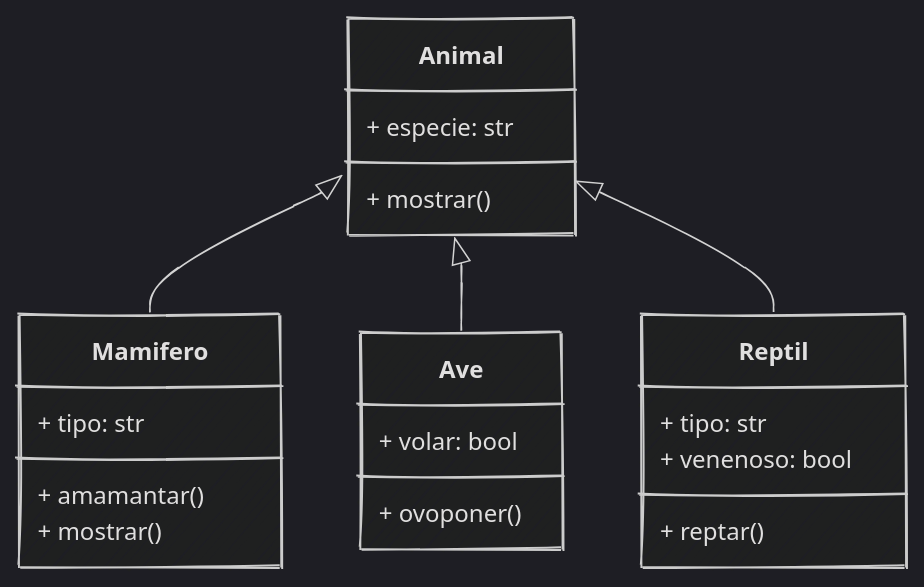
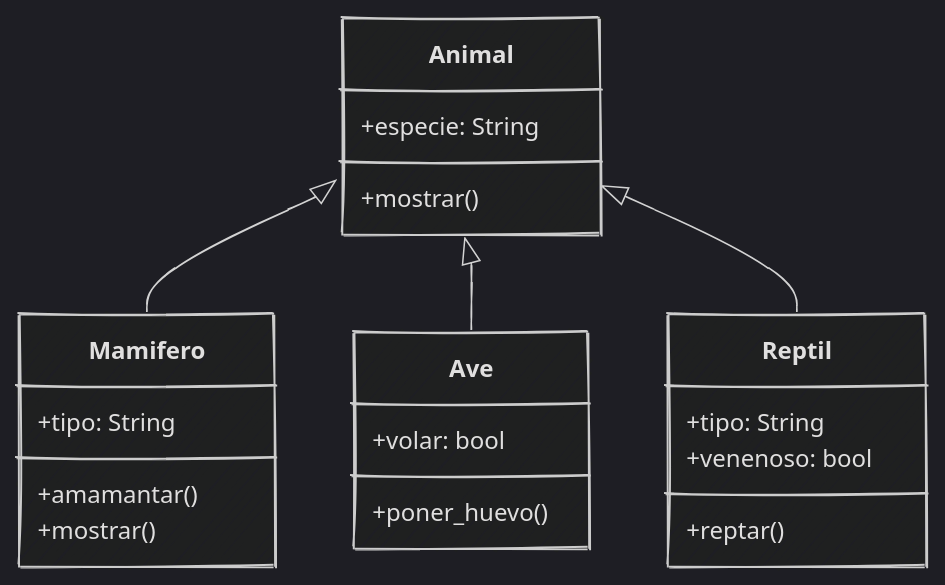
The seventh of 9 diagrams in content/sesion05/Readme.md (python-la-paz/python-study-group-oop), drawn with Mermaid before and after one commit. The commit also changed other lines of this file and 7 other files, not shown here.

````diff
--- a/content/sesion05/Readme.md
+++ b/content/sesion05/Readme.md
@@ -896,25 +854,25 @@
 ```mermaid
 %%{init: {"theme": "dark", "look": "handDrawn" }}%%
 classDiagram
     class Animal {
-        + especie: str
-        + mostrar()
+        +especie: String
+        +mostrar()
     }
     class Mamifero {
-        + tipo: str
-        + amamantar()
-        + mostrar()
+        +tipo: String
+        +amamantar()
+        +mostrar()
     }
     class Ave {
-        + volar: bool
-        + ovoponer()
+        +volar: bool
+        +poner_huevo()
     }
     class Reptil {
-        + tipo: str
-        + venenoso: bool
-        + reptar()
+        +tipo: String
+        +venenoso: bool
+        +reptar()
     }
     Animal <|-- Mamifero
     Animal <|-- Ave
     Animal <|-- Reptil
 ```
````
